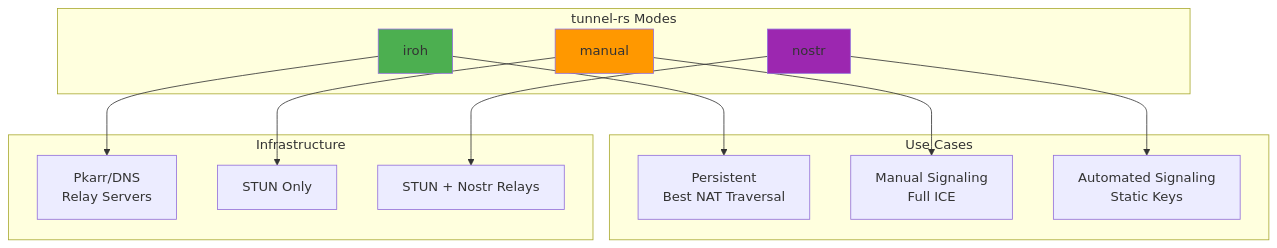
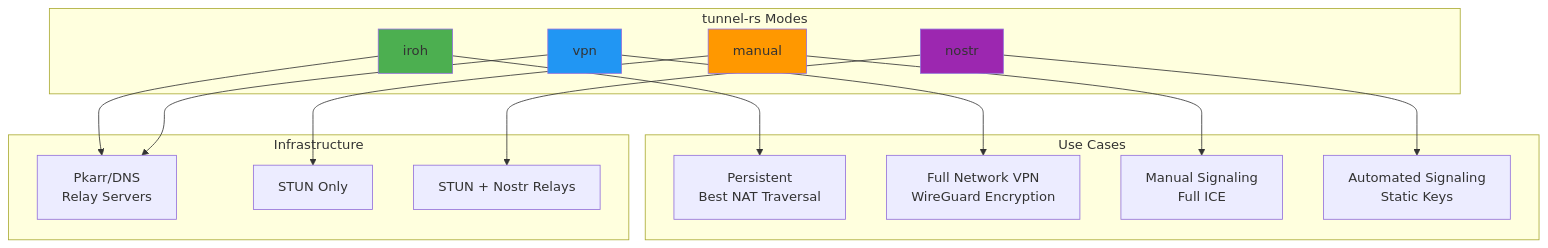
The first of 41 diagrams in docs/ARCHITECTURE.md (andrewtheguy/vpn-rs), drawn with Mermaid before and after one commit. The commit also changed other lines of this file and 2 other files, not shown here.

Commit message:
docs: update README and architecture documents to include VPN mode details

````diff
--- a/docs/ARCHITECTURE.md
+++ b/docs/ARCHITECTURE.md
@@ -30,32 +31,37 @@
 ```mermaid
 graph TB
     subgraph "tunnel-rs Modes"
         A[iroh]
+        A2[vpn]
         C[manual]
         D2[nostr]
     end
 
     subgraph "Use Cases"
         D[Persistent<br/>Best NAT Traversal]
+        D3[Full Network VPN<br/>WireGuard Encryption]
         F[Manual Signaling<br/>Full ICE]
         F2[Automated Signaling<br/>Static Keys]
     end
 
     subgraph "Infrastructure"
         G[Pkarr/DNS<br/>Relay Servers]
         I[STUN Only]
         I2[STUN + Nostr Relays]
     end
 
     A --> D
+    A2 --> D3
     C --> F
     D2 --> F2
 
     A --> G
+    A2 --> G
     C --> I
     D2 --> I2
 
     style A fill:#4CAF50
+    style A2 fill:#2196F3
     style C fill:#FF9800
     style D2 fill:#9C27B0
 ```
````
